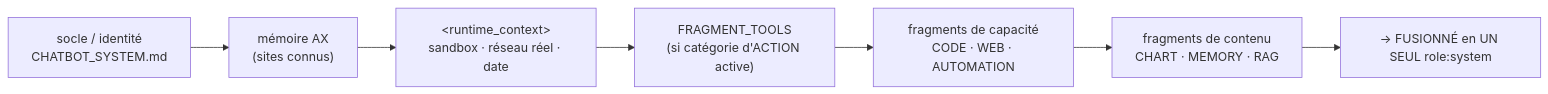
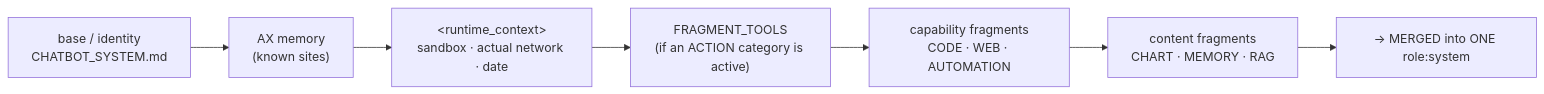
One commit to toto-fou/Elpis changed the fourth of 16 diagrams in docs/architecture.md. Above: the diagram before and after it, drawn with Mermaid. The commit also changed other lines of this file and 43 other files, not shown here.

````diff
--- a/docs/architecture.md
+++ b/docs/architecture.md
@@ -523,9 +526,9 @@
 ```mermaid
 flowchart LR
-    S["socle / identité<br/>CHATBOT_SYSTEM.md"] --> AX["mémoire AX<br/>(sites connus)"]
-    AX --> RC["&lt;runtime_context&gt;<br/>sandbox · réseau réel · date"]
-    RC --> FT["FRAGMENT_TOOLS<br/>(si catégorie d'ACTION active)"]
-    FT --> FC["fragments de capacité<br/>CODE · WEB · AUTOMATION"]
-    FC --> CT["fragments de contenu<br/>CHART · MEMORY · RAG"]
-    CT --> ONE["→ FUSIONNÉ en UN SEUL role:system"]
+    S["base / identity<br/>CHATBOT_SYSTEM.md"] --> AX["AX memory<br/>(known sites)"]
+    AX --> RC["&lt;runtime_context&gt;<br/>sandbox · actual network · date"]
+    RC --> FT["FRAGMENT_TOOLS<br/>(if an ACTION category is active)"]
+    FT --> FC["capability fragments<br/>CODE · WEB · AUTOMATION"]
+    FC --> CT["content fragments<br/>CHART · MEMORY · RAG"]
+    CT --> ONE["→ MERGED into ONE role:system"]
 ```
````
